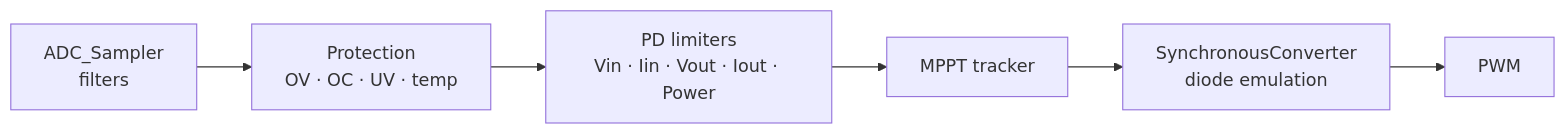
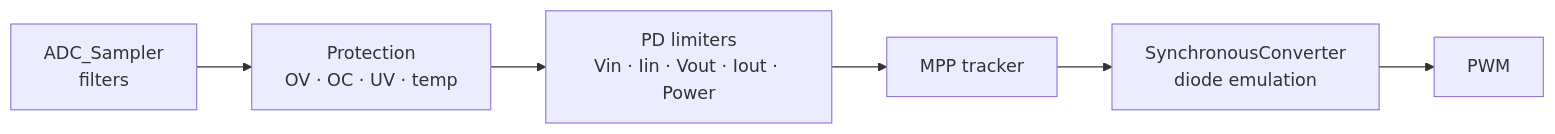
One commit to fl4p/fugu-mppt-firmware changed the second of 2 diagrams in website/docs/internals/architecture.md. Above: the diagram before and after it, drawn with Mermaid. The commit also changed other lines of this file and 68 other files, not shown here.

First line of the commit message:
docs: charts, LFP survey, review fixes, scratchpad lint

````diff
--- a/website/docs/internals/architecture.md
+++ b/website/docs/internals/architecture.md
@@ -41,8 +39,8 @@
 ```mermaid
 flowchart LR
   s[ADC_Sampler<br/>filters] --> p[Protection<br/>OV · OC · UV · temp]
   p --> c[PD limiters<br/>Vin · Iin · Vout · Iout · Power]
-  c --> t[MPPT tracker]
+  c --> t[MPP tracker]
   t --> b[SynchronousConverter<br/>diode emulation]
   b --> g[PWM]
 ```
````
